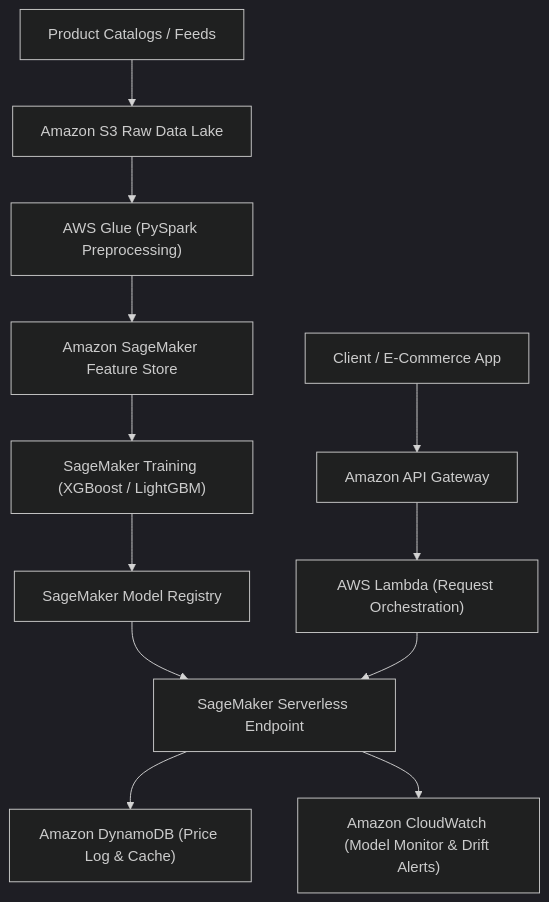
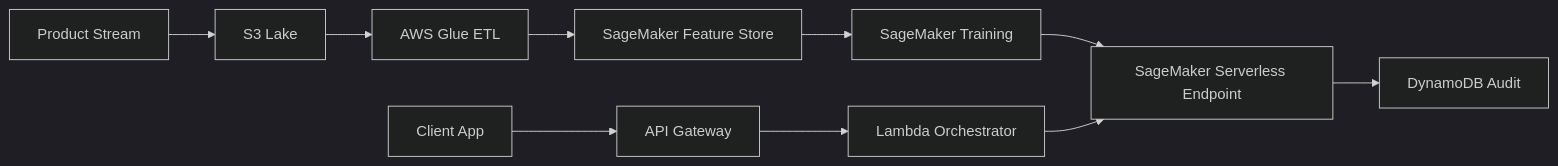
Before and after one commit to prak05/Amazon-ML-Smart-Pricing: the diagram in README.md, drawn with Mermaid (dark theme). The commit also changed other lines of this file, not shown here.

````diff
--- a/README.md
+++ b/README.md
@@ -23,14 +85,12 @@
 ```mermaid
-flowchart TD
-    Catalog["Product Catalogs / Feeds"] --> S3["Amazon S3 Raw Data Lake"]
-    S3 --> Glue["AWS Glue (PySpark Preprocessing)"]
-    Glue --> SMStore["Amazon SageMaker Feature Store"]
-    SMStore --> SMTrain["SageMaker Training (XGBoost / LightGBM)"]
-    SMTrain --> Reg["SageMaker Model Registry"]
-    Reg --> Endpoint["SageMaker Serverless Endpoint"]
-    Client["Client / E-Commerce App"] --> APIGW["Amazon API Gateway"]
-    APIGW --> Lambda["AWS Lambda (Request Orchestration)"]
+flowchart LR
+    Catalog["Product Stream"] --> S3["S3 Lake"]
+    S3 --> Glue["AWS Glue ETL"]
+    Glue --> Store["SageMaker Feature Store"]
+    Store --> SageMaker["SageMaker Training"]
+    SageMaker --> Endpoint["SageMaker Serverless Endpoint"]
+    Client["Client App"] --> APIGW["API Gateway"]
+    APIGW --> Lambda["Lambda Orchestrator"]
     Lambda --> Endpoint
-    Endpoint --> Dynamo["Amazon DynamoDB (Price Log & Cache)"]
-    Endpoint --> CW["Amazon CloudWatch (Model Monitor & Drift Alerts)"]
+    Endpoint --> Dynamo["DynamoDB Audit"]
 ```
````
